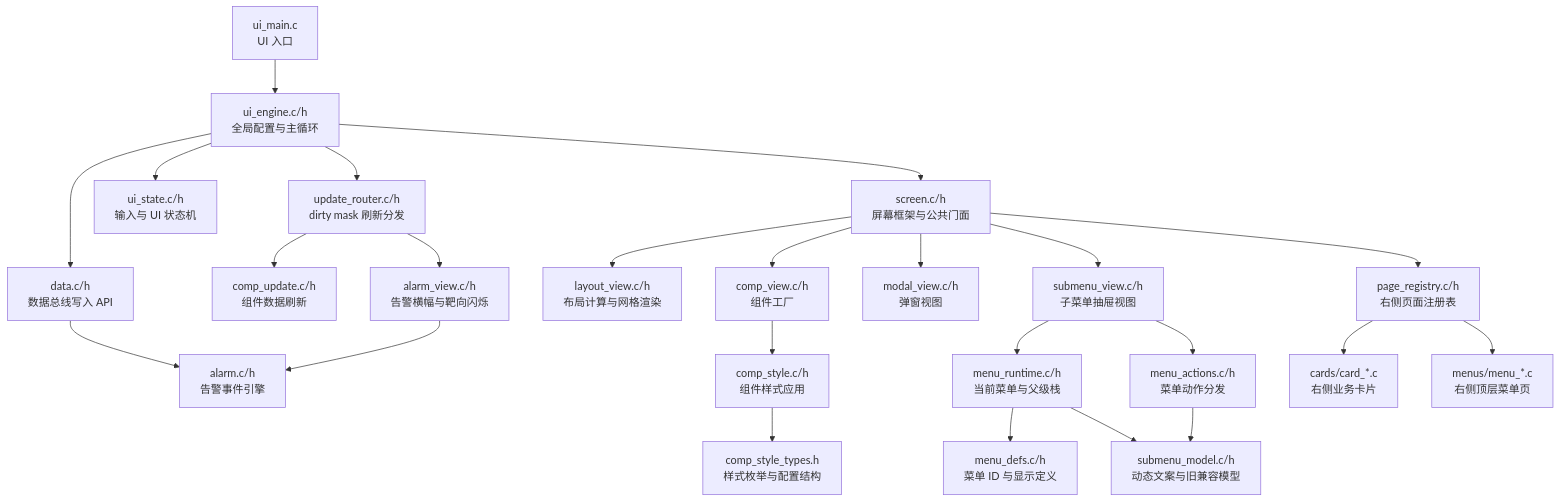
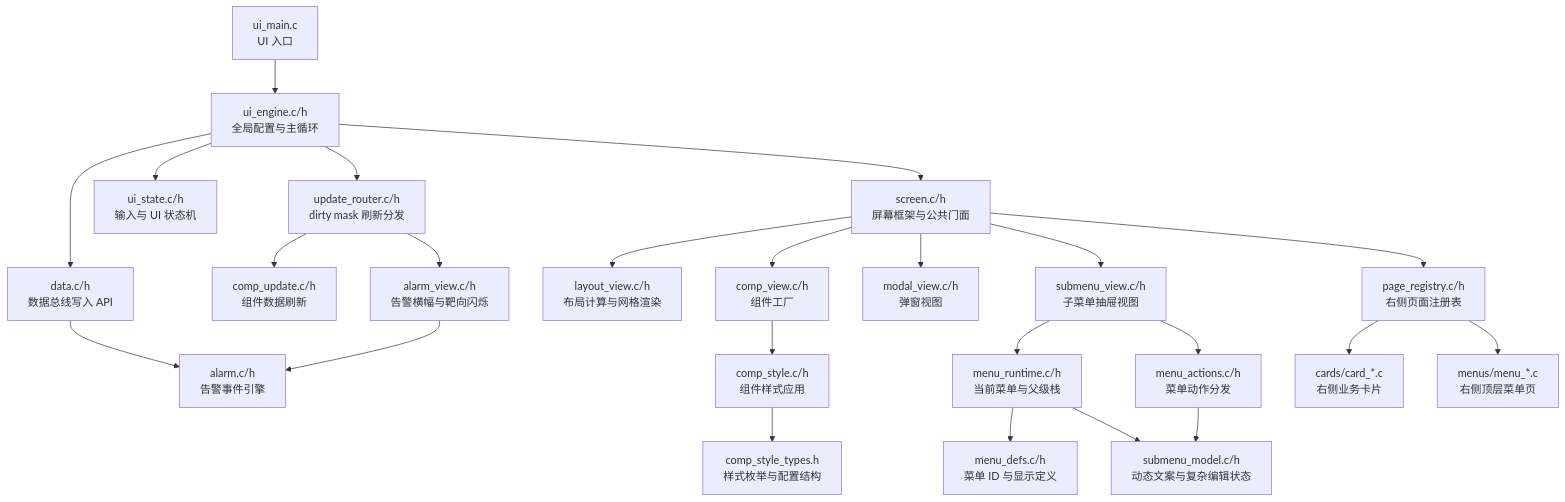
One commit to arexvision/lv_port_win_codeblocks-release-v8.3_hasGroup changed the first of 6 diagrams in UI_html_DOC/UI_MODULE_MAP.md. Above: the diagram before and after it, drawn with Mermaid. The commit also changed other lines of this file and 7 other files, not shown here.

````diff
--- a/UI_html_DOC/UI_MODULE_MAP.md
+++ b/UI_html_DOC/UI_MODULE_MAP.md
@@ -22,29 +22,29 @@
 ```mermaid
 flowchart TD
     UI["ui_main.c<br/>UI 入口"] --> Engine["ui_engine.c/h<br/>全局配置与主循环"]
     Engine --> Data["data.c/h<br/>数据总线写入 API"]
     Engine --> State["ui_state.c/h<br/>输入与 UI 状态机"]
     Engine --> UpdateRouter["update_router.c/h<br/>dirty mask 刷新分发"]
     Engine --> Screen["screen.c/h<br/>屏幕框架与公共门面"]
 
     Screen --> Layout["layout_view.c/h<br/>布局计算与网格渲染"]
     Screen --> WidgetView["comp_view.c/h<br/>组件工厂"]
     Screen --> Modal["modal_view.c/h<br/>弹窗视图"]
     Screen --> SubmenuView["submenu_view.c/h<br/>子菜单抽屉视图"]
     SubmenuView --> MenuRuntime["menu_runtime.c/h<br/>当前菜单与父级栈"]
     MenuRuntime --> MenuDefs["menu_defs.c/h<br/>菜单 ID 与显示定义"]
     SubmenuView --> MenuActions["menu_actions.c/h<br/>菜单动作分发"]
-    MenuRuntime --> SubmenuModel["submenu_model.c/h<br/>动态文案与旧兼容模型"]
+    MenuRuntime --> SubmenuModel["submenu_model.c/h<br/>动态文案与复杂编辑状态"]
     MenuActions --> SubmenuModel
 
     UpdateRouter --> WidgetUpdate["comp_update.c/h<br/>组件数据刷新"]
     UpdateRouter --> AlarmView["alarm_view.c/h<br/>告警横幅与靶向闪烁"]
     Data --> AlarmEngine["alarm.c/h<br/>告警事件引擎"]
     AlarmView --> AlarmEngine
 
     Screen --> Registry["page_registry.c/h<br/>右侧页面注册表"]
     Registry --> Cards["cards/card_*.c<br/>右侧业务卡片"]
     Registry --> Menus["menus/menu_*.c<br/>右侧顶层菜单页"]
     WidgetView --> Style["comp_style.c/h<br/>组件样式应用"]
     Style --> StyleTypes["comp_style_types.h<br/>样式枚举与配置结构"]
 ```
````
